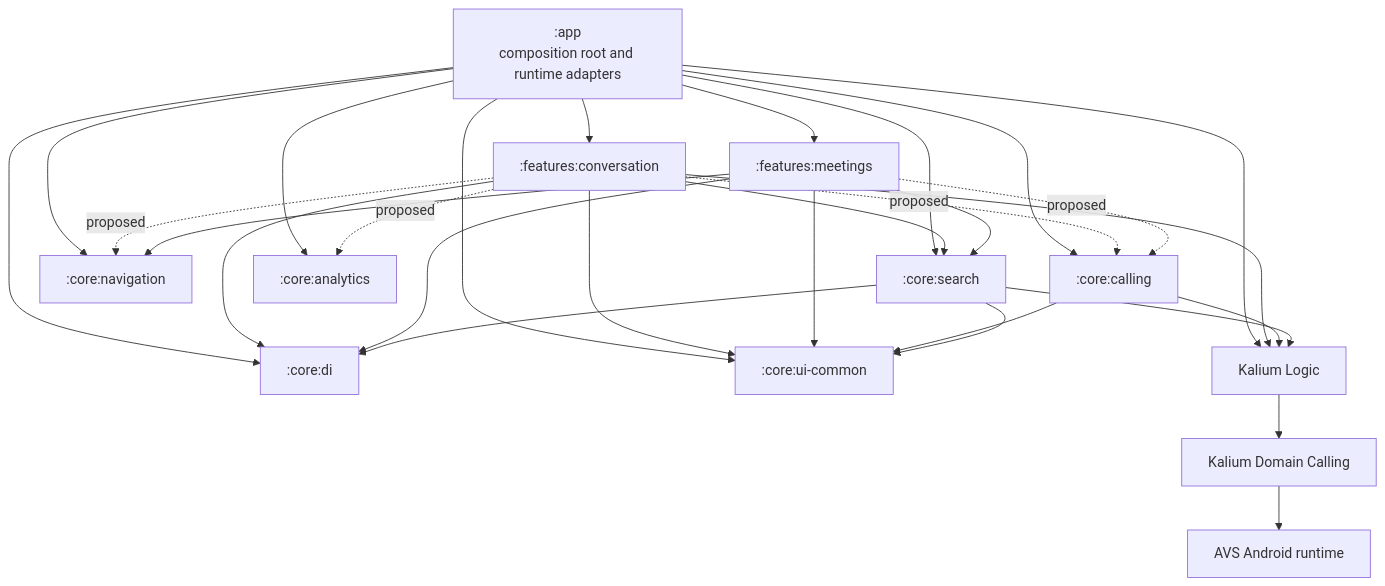
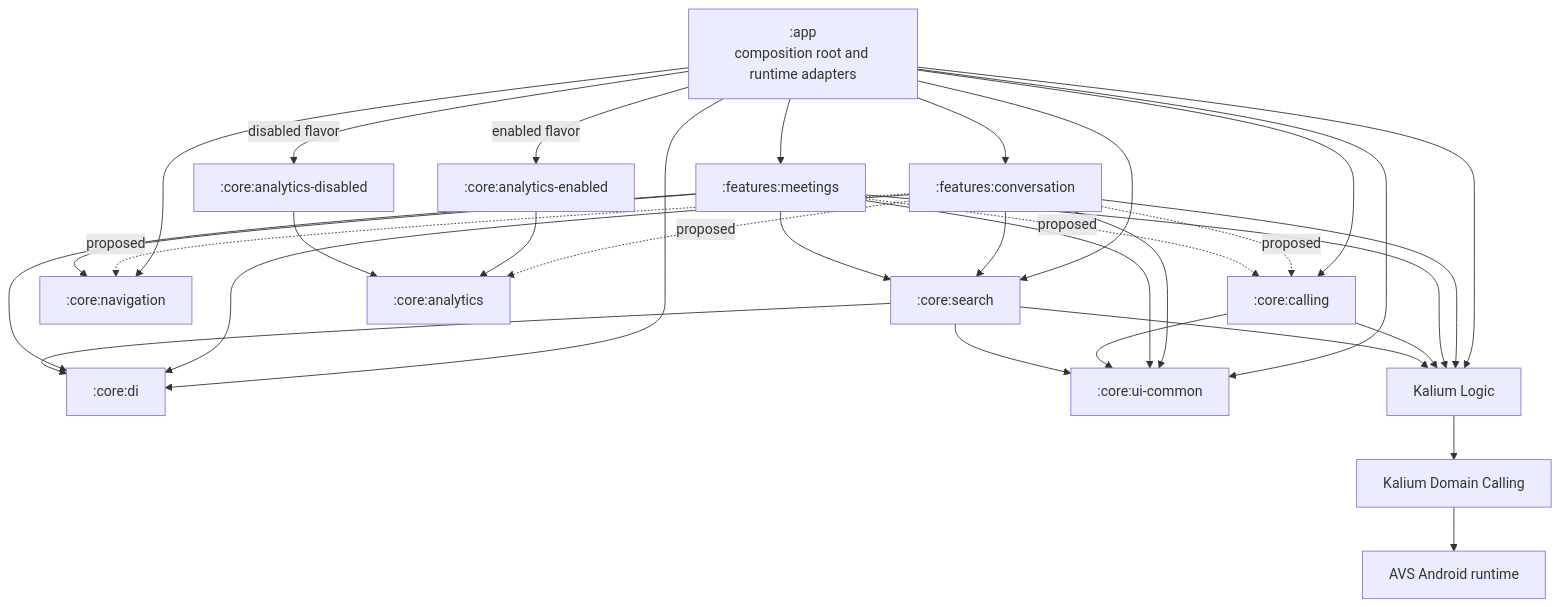
Before and after one commit to wireapp/wire-android: the diagram in docs/architecture/android-module-graph.md, drawn with Mermaid. The commit also changed other lines of this file and 1 other file, not shown here.

Commit message:
docs: correct Android module dependency graph

````diff
--- a/docs/architecture/android-module-graph.md
+++ b/docs/architecture/android-module-graph.md
@@ -12,44 +12,50 @@
 ```mermaid
 graph TD
     App[":app<br/>composition root and runtime adapters"]
     Conversation[":features:conversation"]
     Meetings[":features:meetings"]
     Calling[":core:calling"]
     Navigation[":core:navigation"]
     Search[":core:search"]
     Di[":core:di"]
     UiCommon[":core:ui-common"]
     Analytics[":core:analytics"]
+    AnalyticsEnabled[":core:analytics-enabled"]
+    AnalyticsDisabled[":core:analytics-disabled"]
     KaliumLogic["Kalium Logic"]
     KaliumCalling["Kalium Domain Calling"]
     Avs["AVS Android runtime"]
 
     App --> Conversation
     App --> Meetings
     App --> Calling
     App --> Navigation
     App --> Search
     App --> Di
     App --> UiCommon
-    App --> Analytics
+    App -->|enabled flavor| AnalyticsEnabled
+    App -->|disabled flavor| AnalyticsDisabled
     App --> KaliumLogic
     Conversation --> Di
     Conversation --> UiCommon
     Conversation --> KaliumLogic
     Conversation -. proposed .-> Calling
     Conversation -. proposed .-> Analytics
     Conversation -. proposed .-> Navigation
     Conversation --> Search
     Meetings -. proposed .-> Calling
     Meetings --> Navigation
     Meetings --> Search
     Meetings --> Di
     Meetings --> UiCommon
+    Meetings --> KaliumLogic
     Calling --> UiCommon
     Calling --> KaliumLogic
     Search --> Di
     Search --> UiCommon
     Search --> KaliumLogic
+    AnalyticsEnabled --> Analytics
+    AnalyticsDisabled --> Analytics
     KaliumLogic --> KaliumCalling
     KaliumCalling --> Avs
 ```
````
